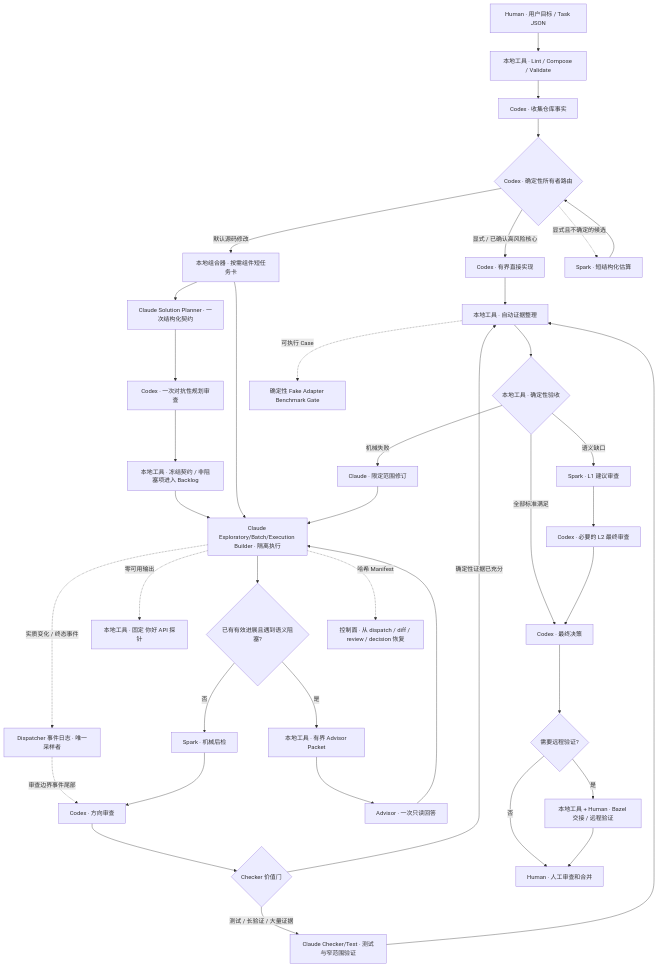
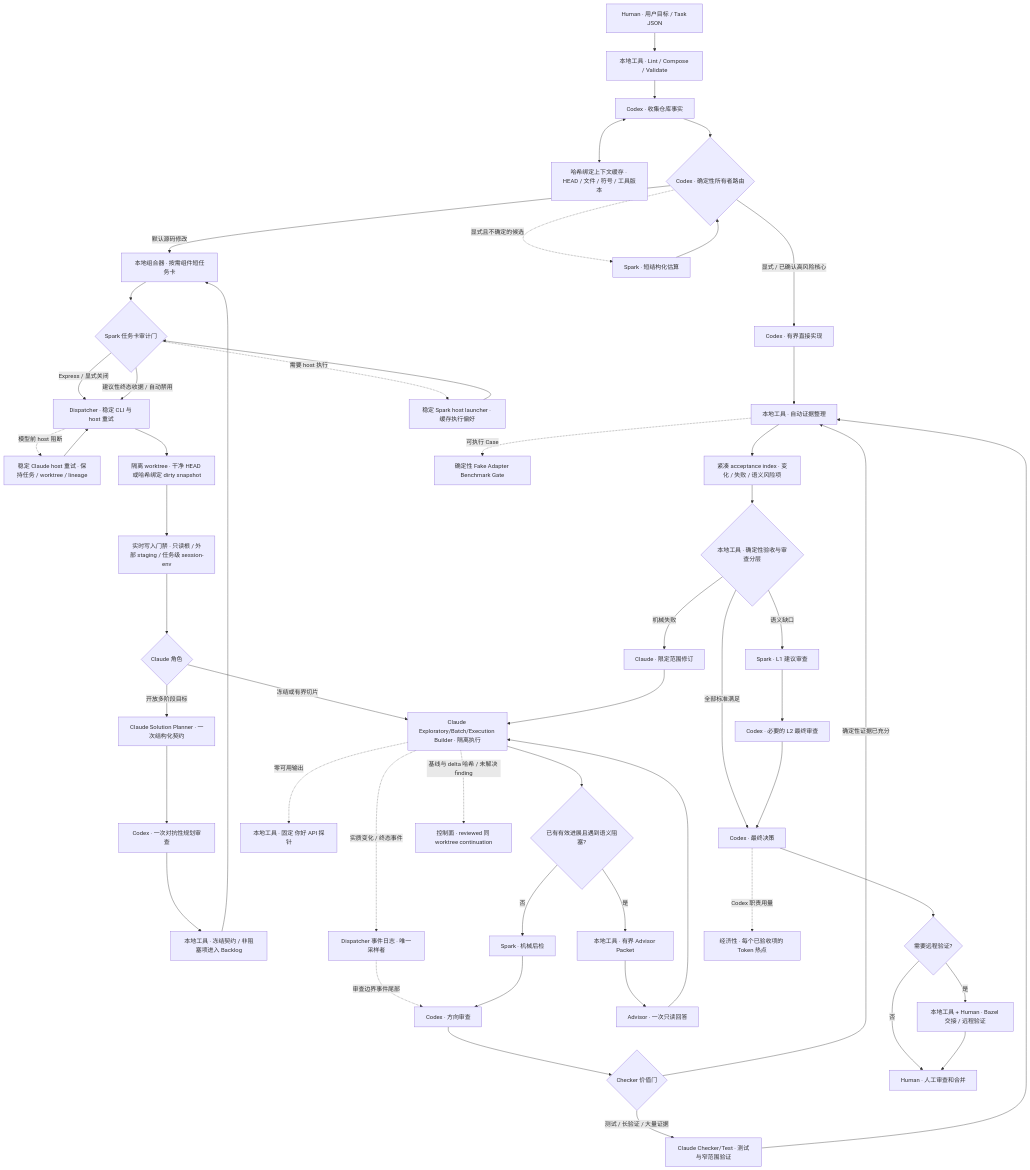
The diagram in README_CN.md (luozj1020/ai-coding-workflow), drawn with Mermaid before and after one commit. The commit also changed other lines of this file and 46 other files, not shown here.

````diff
--- a/README_CN.md
+++ b/README_CN.md
@@ -87,42 +110,55 @@
 ```mermaid
 flowchart TD
     U[Human · 用户目标 / Task JSON] --> L[本地工具 · Lint / Compose / Validate]
     L --> F[Codex · 收集仓库事实]
+    F <--> CC[哈希绑定上下文缓存 · HEAD / 文件 / 符号 / 工具版本]
     F --> R{Codex · 确定性所有者路由}
     R -- 显式 / 已确认高风险核心 --> CD[Codex · 有界直接实现]
     CD --> E
     R -- 默认源码修改 --> C[本地组合器 · 按需组件短任务卡]
-    C --> CPL[Claude Solution Planner · 一次结构化契约]
+    C --> SA{Spark 任务卡审计门}
+    SA -- Express / 显式关闭 --> DI[Dispatcher · 稳定 CLI 与 host 重试]
+    SA -- 建议性终态收据 / 自动禁用 --> DI
+    SA -. 需要 host 执行 .-> SH[稳定 Spark host launcher · 缓存执行偏好]
+    SH --> SA
+    DI -. 模型前 host 阻断 .-> CH[稳定 Claude host 重试 · 保持任务 / worktree / lineage]
+    CH --> DI
+    DI --> IW[隔离 worktree · 干净 HEAD 或哈希绑定 dirty snapshot]
+    IW --> WG[实时写入门禁 · 只读根 / 外部 staging / 任务级 session-env]
+    WG --> ROLE{Claude 角色}
+    ROLE -- 开放多阶段目标 --> CPL[Claude Solution Planner · 一次结构化契约]
     CPL --> CAR[Codex · 一次对抗性规划审查]
     CAR --> CF[本地工具 · 冻结契约 / 非阻塞项进入 Backlog]
-    CF --> D
-    C --> D[Claude Exploratory/Batch/Execution Builder · 隔离执行]
+    CF --> C
+    ROLE -- 冻结或有界切片 --> D[Claude Exploratory/Batch/Execution Builder · 隔离执行]
     R -. 显式且不确定的候选 .-> S0[Spark · 短结构化估算]
     S0 --> R
     D -. 实质变化 / 终态事件 .-> MON[Dispatcher 事件日志 · 唯一采样者]
     MON -. 审查边界事件尾部 .-> CR
     D --> Q{已有有效进展且遇到语义阻塞?}
     Q -- 否 --> SP[Spark · 机械后检]
     Q -- 是 --> AP[本地工具 · 有界 Advisor Packet]
     AP --> AV[Advisor · 一次只读回答]
     AV --> D
     D -. 零可用输出 .-> HP[本地工具 · 固定 你好 API 探针]
     SP --> CR[Codex · 方向审查]
     CR --> CV{Checker 价值门}
     CV -- 确定性证据已充分 --> E
     CV -- 测试 / 长验证 / 大量证据 --> CT[Claude Checker/Test · 测试与窄范围验证]
     CT --> E[本地工具 · 自动证据整理]
-    E --> A{本地工具 · 确定性验收}
+    E --> AB[紧凑 acceptance index · 变化 / 失败 / 语义风险项]
+    AB --> A{本地工具 · 确定性验收与审查分层}
     A -- 机械失败 --> LR[Claude · 限定范围修订]
     A -- 语义缺口 --> S[Spark · L1 建议审查]
     S --> X[Codex · 必要的 L2 最终审查]
     A -- 全部标准满足 --> FD[Codex · 最终决策]
     X --> FD
     LR --> D
     FD --> H{需要远程验证?}
     H -- 是 --> RH[本地工具 + Human · Bazel 交接 / 远程验证]
     H -- 否 --> M[Human · 人工审查和合并]
     RH --> M
-    D -. 哈希 Manifest .-> RS[控制面 · 从 dispatch / diff / review / decision 恢复]
+    D -. 基线与 delta 哈希 / 未解决 finding .-> RS[控制面 · reviewed 同 worktree continuation]
     E -. 可执行 Case .-> BM[确定性 Fake Adapter Benchmark Gate]
+    FD -. Codex 职责用量 .-> KM[经济性 · 每个已验收项的 Token 热点]
 ```
````
